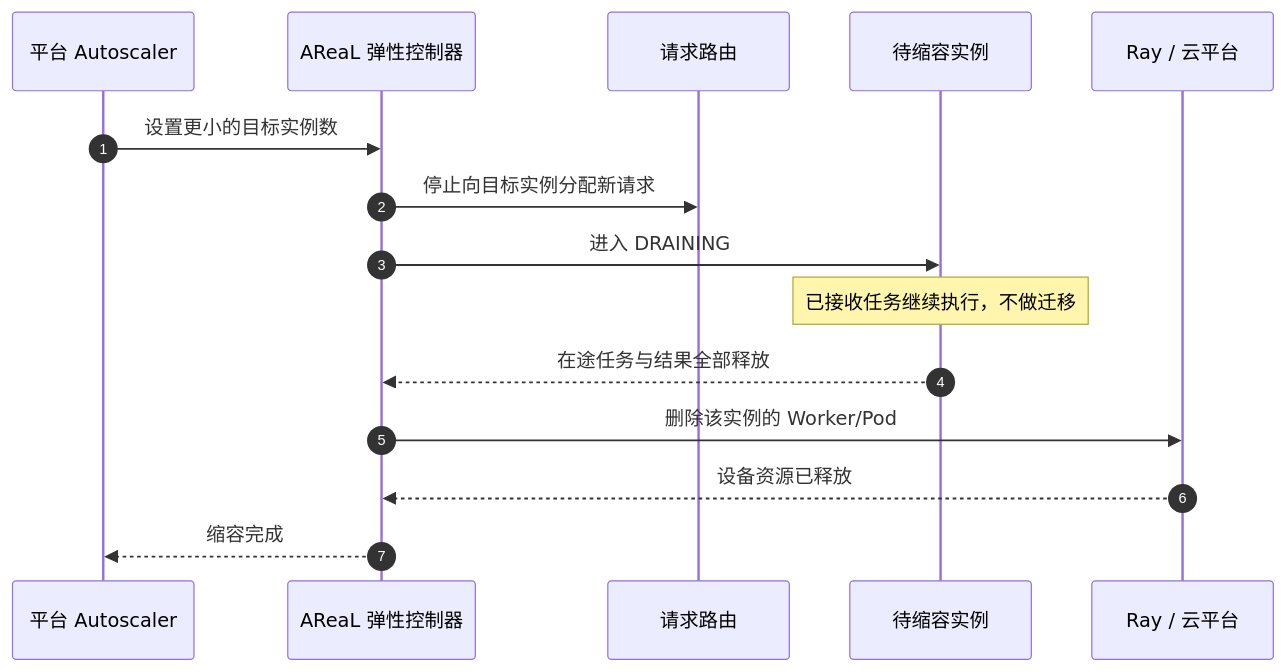
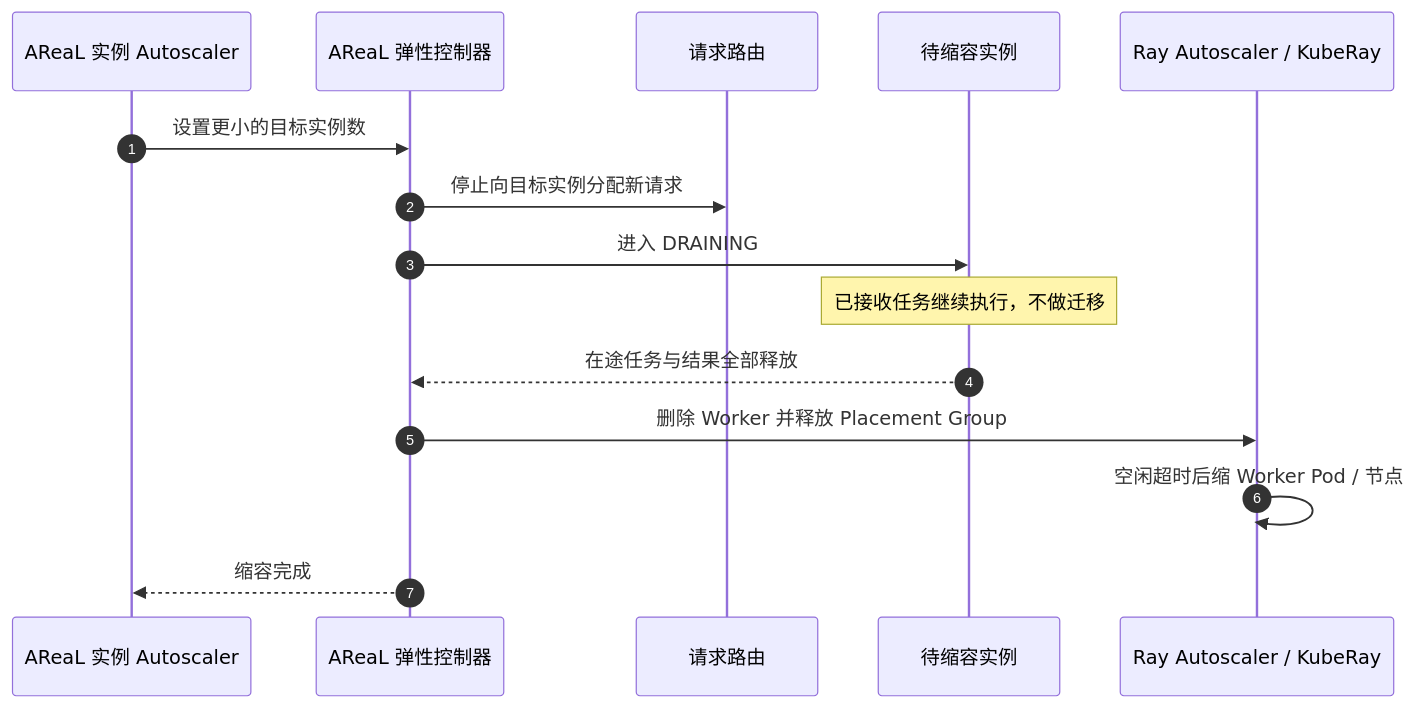
Before and after one commit to hailuoS/AReaL: the third of 5 diagrams in docs/zh/reference/rollout_elasticity_platform_integration.md, drawn with Mermaid. The commit also changed other lines of this file and 8 other files, not shown here.

````diff
--- a/docs/zh/reference/rollout_elasticity_platform_integration.md
+++ b/docs/zh/reference/rollout_elasticity_platform_integration.md
@@ -175,18 +182,18 @@
 ```mermaid
 sequenceDiagram
     autonumber
-    participant A as 平台 Autoscaler
+    participant A as AReaL 实例 Autoscaler
     participant C as AReaL 弹性控制器
     participant R as 请求路由
     participant I as 待缩容实例
-    participant P as Ray / 云平台
+    participant P as Ray Autoscaler / KubeRay
 
     A->>C: 设置更小的目标实例数
     C->>R: 停止向目标实例分配新请求
     C->>I: 进入 DRAINING
     Note over I: 已接收任务继续执行，不做迁移
     I-->>C: 在途任务与结果全部释放
-    C->>P: 删除该实例的 Worker/Pod
-    P-->>C: 设备资源已释放
+    C->>P: 删除 Worker 并释放 Placement Group
+    P->>P: 空闲超时后缩 Worker Pod / 节点
     C-->>A: 缩容完成
 ```
````
